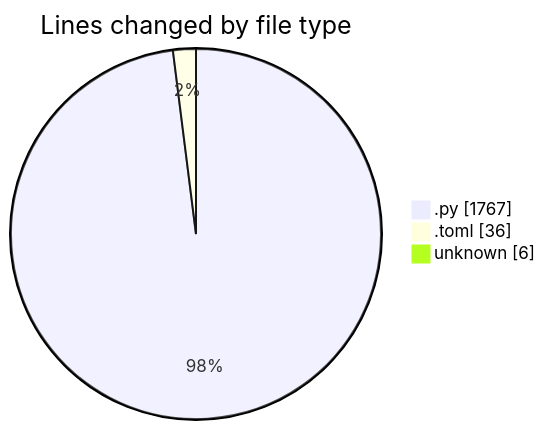
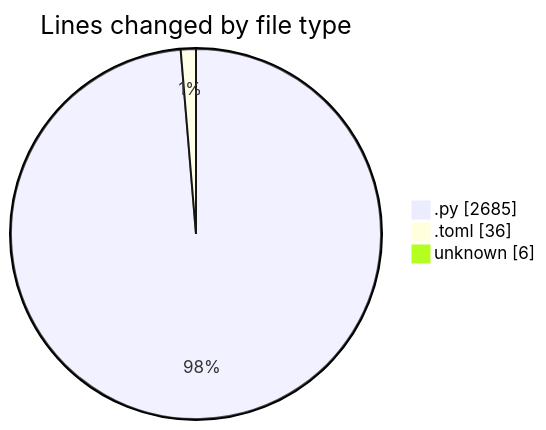
One commit to julien-gomy/code-tracking changed the first of 2 diagrams in 2025-11-20/eventscop-api-guide__workspace_/README.md. Above: the diagram before and after it, drawn with Mermaid. The commit also changed other lines of this file and 1 other file, not shown here.

````diff
--- a/2025-11-20/eventscop-api-guide__workspace_/README.md
+++ b/2025-11-20/eventscop-api-guide__workspace_/README.md
@@ -31,7 +32,7 @@
 ```mermaid
 pie showData
 title Lines changed by file type
-".py" : 1767
+".py" : 2685
 ".toml" : 36
 "unknown" : 6
 ```
````
